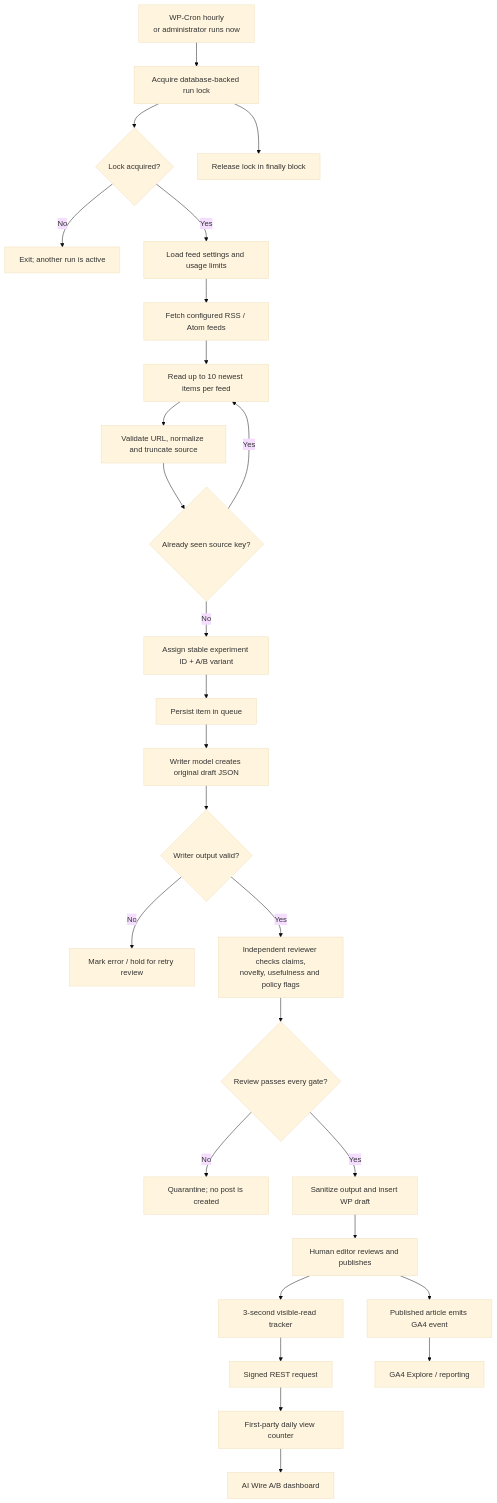
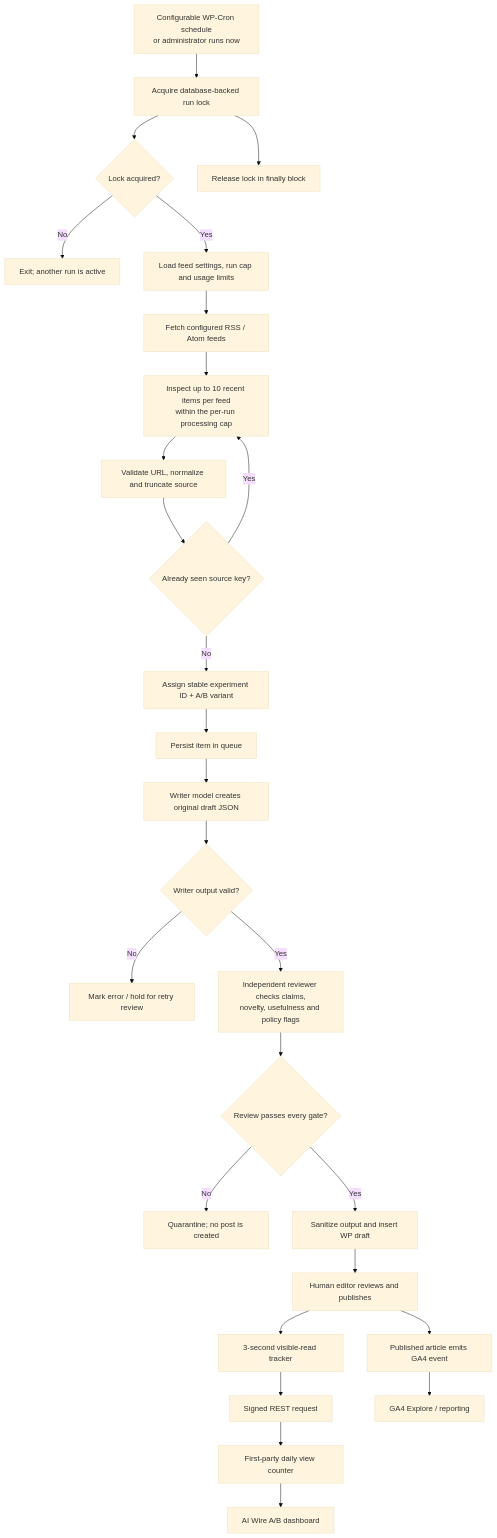
One commit to HaneetGH/technorapper-ai-wire changed the first of 3 diagrams in README.md. Above: the diagram before and after it, drawn with Mermaid (base theme). The commit also changed other lines of this file, not shown here.

Commit message:
Document dashboard settings and run limits

````diff
--- a/README.md
+++ b/README.md
@@ -11,29 +11,29 @@
 ```mermaid
 flowchart TD
-    A["WP-Cron hourly<br/>or administrator runs now"] --> B["Acquire database-backed run lock"]
+    A["Configurable WP-Cron schedule<br/>or administrator runs now"] --> B["Acquire database-backed run lock"]
     B --> C{"Lock acquired?"}
     C -- No --> C1["Exit; another run is active"]
-    C -- Yes --> D["Load feed settings and usage limits"]
+    C -- Yes --> D["Load feed settings, run cap and usage limits"]
     D --> E["Fetch configured RSS / Atom feeds"]
-    E --> F["Read up to 10 newest items per feed"]
+    E --> F["Inspect up to 10 recent items per feed<br/>within the per-run processing cap"]
     F --> G["Validate URL, normalize and truncate source"]
     G --> H{"Already seen source key?"}
     H -- Yes --> F
     H -- No --> I["Assign stable experiment ID + A/B variant"]
     I --> J["Persist item in queue"]
     J --> K["Writer model creates original draft JSON"]
     K --> L{"Writer output valid?"}
     L -- No --> L1["Mark error / hold for retry review"]
     L -- Yes --> M["Independent reviewer checks claims,<br/>novelty, usefulness and policy flags"]
     M --> N{"Review passes every gate?"}
     N -- No --> N1["Quarantine; no post is created"]
     N -- Yes --> O["Sanitize output and insert WP draft"]
     O --> P["Human editor reviews and publishes"]
     P --> Q["Published article emits GA4 event"]
     P --> R["3-second visible-read tracker"]
     R --> S["Signed REST request"]
     S --> T["First-party daily view counter"]
     Q --> U["GA4 Explore / reporting"]
     T --> V["AI Wire A/B dashboard"]
     B --> W["Release lock in finally block"]
 ```
````
